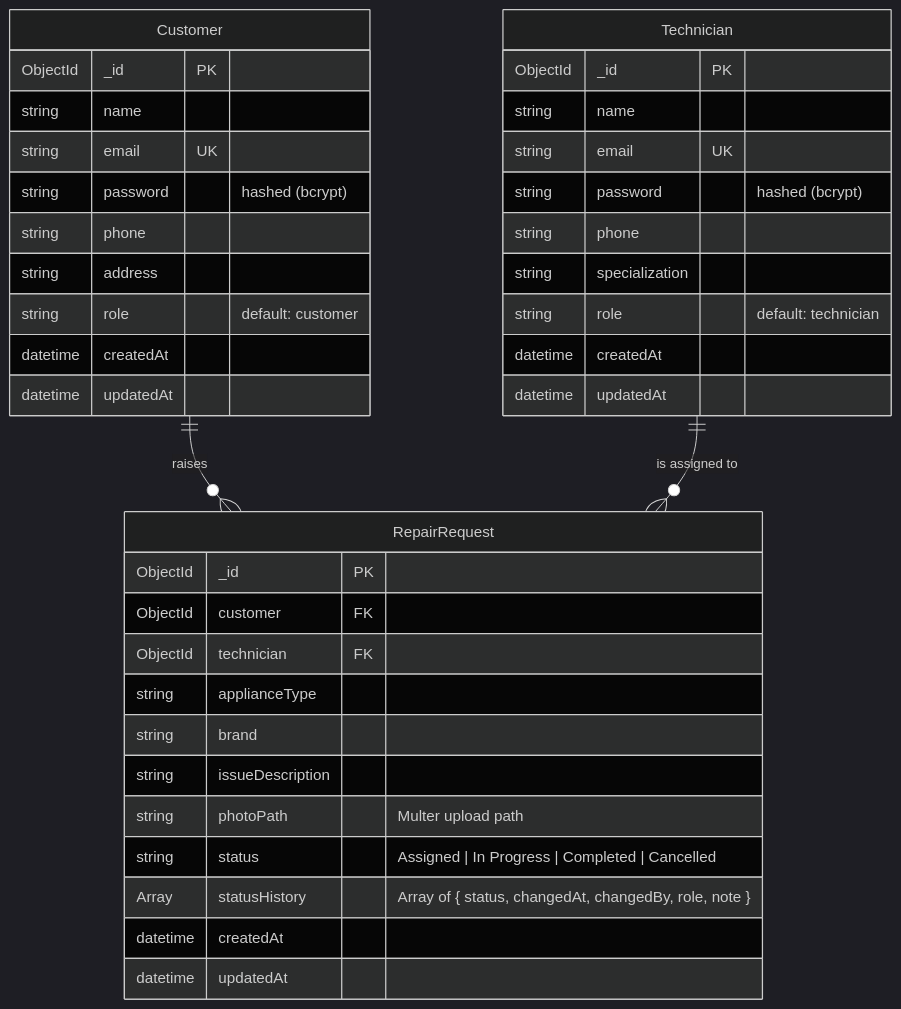
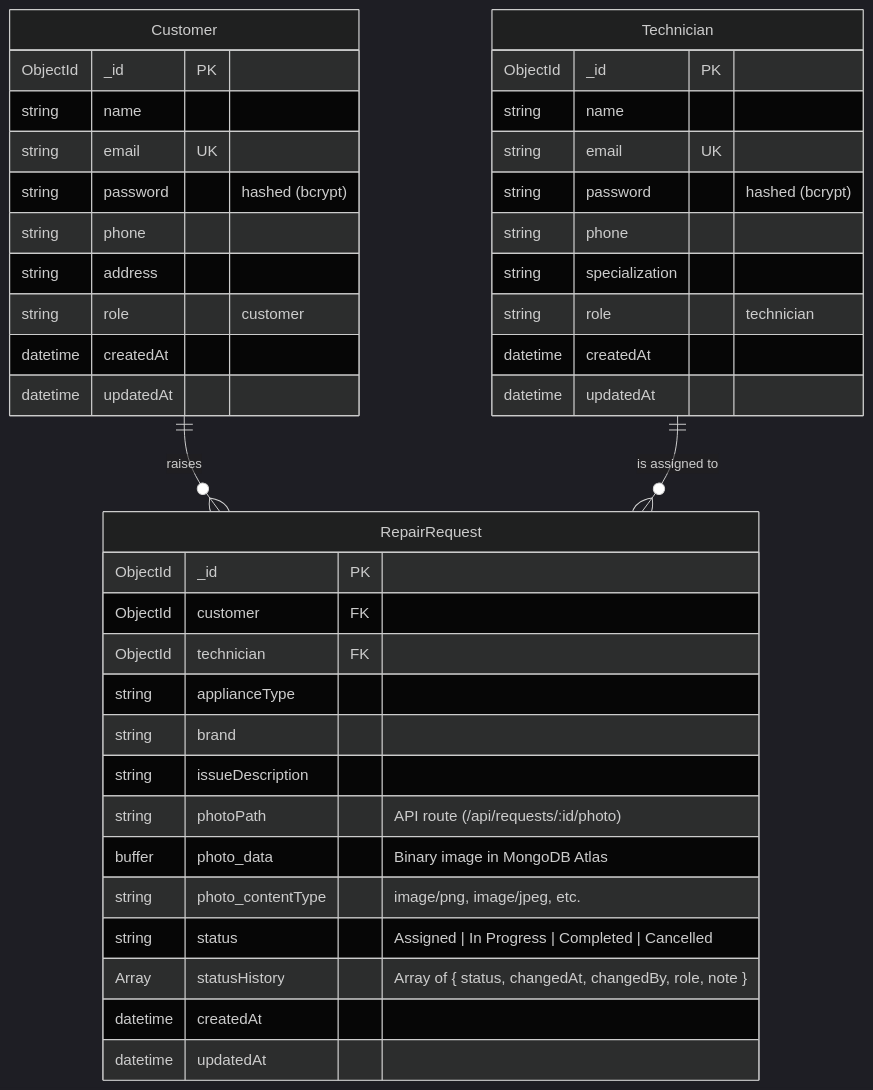
One commit to kartikwagh21/Backend_Major_Project changed the first of 2 diagrams in README.md. Above: the diagram before and after it, drawn with Mermaid (dark theme). The commit also changed other lines of this file and 2 other files, not shown here.

````diff
--- a/README.md
+++ b/README.md
@@ -143,43 +152,45 @@
 ```mermaid
 erDiagram
     Customer ||--o{ RepairRequest : "raises"
     Technician ||--o{ RepairRequest : "is assigned to"
     
     Customer {
         ObjectId _id PK
         string name
         string email UK
         string password "hashed (bcrypt)"
         string phone
         string address
-        string role "default: customer"
+        string role "customer"
         datetime createdAt
         datetime updatedAt
     }
 
     Technician {
         ObjectId _id PK
         string name
         string email UK
         string password "hashed (bcrypt)"
         string phone
         string specialization
-        string role "default: technician"
+        string role "technician"
         datetime createdAt
         datetime updatedAt
     }
 
     RepairRequest {
         ObjectId _id PK
         ObjectId customer FK
         ObjectId technician FK
         string applianceType
         string brand
         string issueDescription
-        string photoPath "Multer upload path"
+        string photoPath "API route (/api/requests/:id/photo)"
+        buffer photo_data "Binary image in MongoDB Atlas"
+        string photo_contentType "image/png, image/jpeg, etc."
         string status "Assigned | In Progress | Completed | Cancelled"
         Array statusHistory "Array of { status, changedAt, changedBy, role, note }"
         datetime createdAt
         datetime updatedAt
     }
 ```
````
